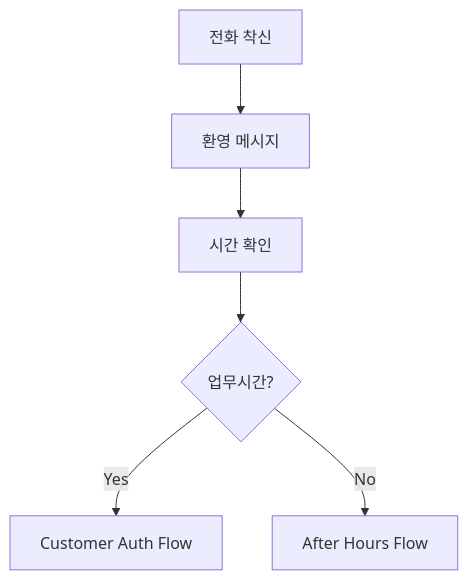
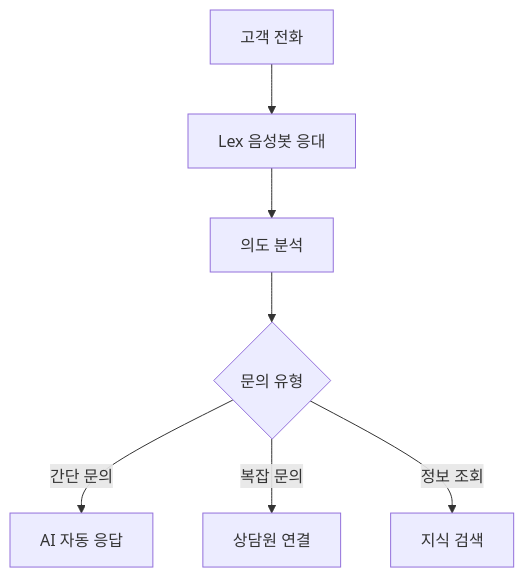
Before and after one commit to HaeDalWang/aicc-terraform: the first of 2 diagrams in .kiro/specs/saltware-ivr-system/design.md, drawn with Mermaid. The commit also changed other lines of this file and 10 other files, not shown here.

````diff
--- a/.kiro/specs/saltware-ivr-system/design.md
+++ b/.kiro/specs/saltware-ivr-system/design.md
@@ -39,8 +43,9 @@
 ```mermaid
 graph TD
-    A[전화 착신] --> B[환영 메시지]
-    B --> C[시간 확인]
-    C --> D{업무시간?}
-    D -->|Yes| E[Customer Auth Flow]
-    D -->|No| F[After Hours Flow]
+    A[고객 전화] --> B[Lex 음성봇 응대]
+    B --> C[의도 분석]
+    C --> D{문의 유형}
+    D -->|간단 문의| E[AI 자동 응답]
+    D -->|복잡 문의| F[상담원 연결]
+    D -->|정보 조회| G[지식 검색]
 ```
````
